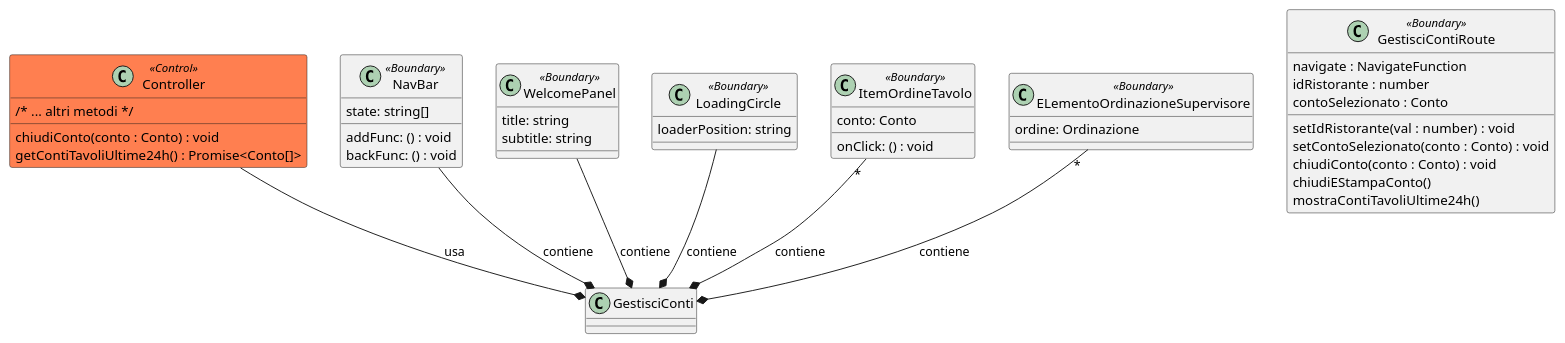
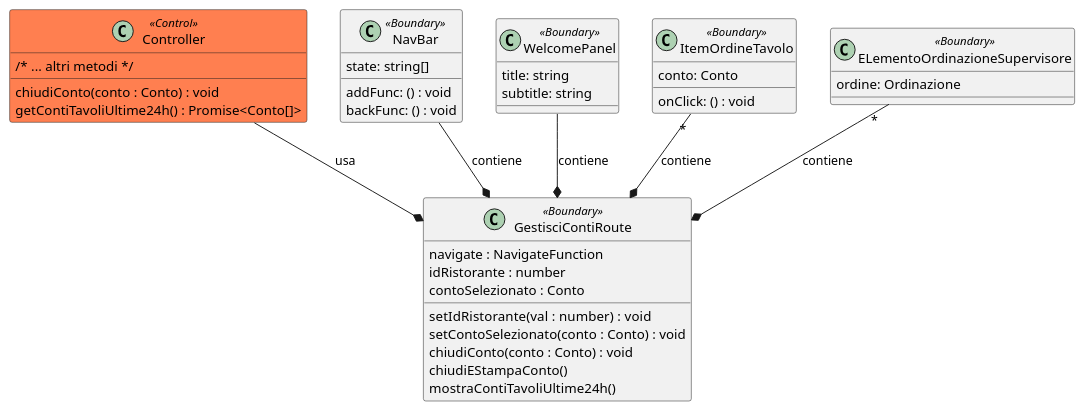
Before and after one commit to macro21KGB/Esame-INGSW-22-23: the diagram in diagrams/PUML/routes/GestisciConti.puml, drawn with PlantUML. The commit also changed 34 other files, not shown here.

```diff
--- a/diagrams/PUML/routes/GestisciConti.puml
+++ b/diagrams/PUML/routes/GestisciConti.puml
@@ -1,63 +1,59 @@
 @startuml
 
 
 class Controller <<Control>> #coral{
 /* ... altri metodi */
 chiudiConto(conto : Conto) : void
 getContiTavoliUltime24h() : Promise<Conto[]>
 }
 
 class GestisciContiRoute<<Boundary>> {
 navigate : NavigateFunction
 idRistorante : number
 setIdRistorante(val : number)  : void
 contoSelezionato : Conto
 setContoSelezionato(conto : Conto) : void
 chiudiConto(conto : Conto) : void
 chiudiEStampaConto()
 mostraContiTavoliUltime24h()
 }
 
 
 class NavBar <<Boundary>> {
 
 	addFunc: () : void
 	backFunc: () : void
 	state: string[]
 }
 
 
 
 class WelcomePanel <<Boundary>> {
 
     title: string
     subtitle: string
 
 }
 
-class LoadingCircle <<Boundary>> {
 
-	loaderPosition: string
-
-}
 
 
 class ItemOrdineTavolo <<Boundary>> {
 
     conto: Conto
     onClick: () : void
 
 }
 class ELementoOrdinazioneSupervisore <<Boundary>> {
 
     ordine: Ordinazione
 
 }
-ELementoOrdinazioneSupervisore "*"--* GestisciConti: contiene
-ItemOrdineTavolo "*"--* GestisciConti: contiene
+ELementoOrdinazioneSupervisore "*"--* GestisciContiRoute: contiene
+ItemOrdineTavolo "*"--* GestisciContiRoute: contiene
 
-WelcomePanel--* GestisciConti: contiene
-NavBar --* GestisciConti: contiene
-LoadingCircle --* GestisciConti: contiene
-Controller --* GestisciConti: usa
+WelcomePanel--* GestisciContiRoute: contiene
+NavBar --* GestisciContiRoute: contiene
+
+Controller --* GestisciContiRoute: usa
 @enduml
```
